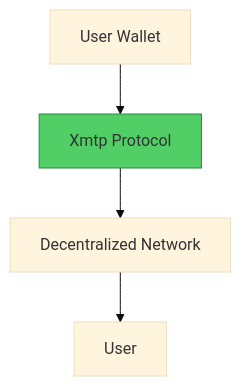
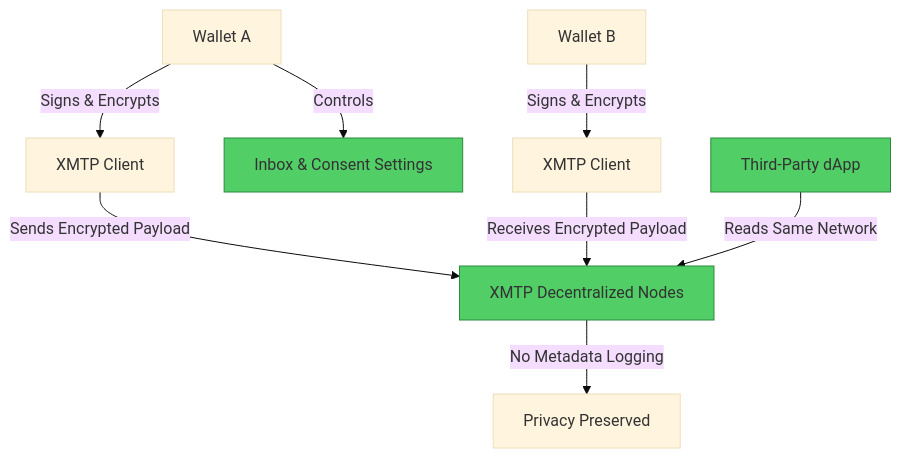
One commit to Elvatar2/Web2-To-Web3-Migration-Guide changed the second of 2 diagrams in 10-messaging/01-whatsapp-to-xmtp.md. Above: the diagram before and after it, drawn with Mermaid (base theme). The commit also changed other lines of this file, not shown here.

````diff
--- a/10-messaging/01-whatsapp-to-xmtp.md
+++ b/10-messaging/01-whatsapp-to-xmtp.md
@@ -63,8 +78,14 @@
 ```mermaid
 graph TB
-    A[User Wallet] --> B[Xmtp Protocol]
-    B --> C[Decentralized Network]
-    C --> D[User]
+    A[Wallet A] -->|Signs & Encrypts| B[XMTP Client]
+    C[Wallet B] -->|Signs & Encrypts| D[XMTP Client]
+    B -->|Sends Encrypted Payload| E[XMTP Decentralized Nodes]
+    D -->|Receives Encrypted Payload| E
+    E -->|No Metadata Logging| F[Privacy Preserved]
+    A -->|Controls| G[Inbox & Consent Settings]
+    H[Third-Party dApp] -->|Reads Same Network| E
 
-    style B fill:#51cf66,stroke:#2b8a3e
+    style E fill:#51cf66,stroke:#2b8a3e
+    style G fill:#51cf66,stroke:#2b8a3e
+    style H fill:#51cf66,stroke:#2b8a3e
 ```
````
